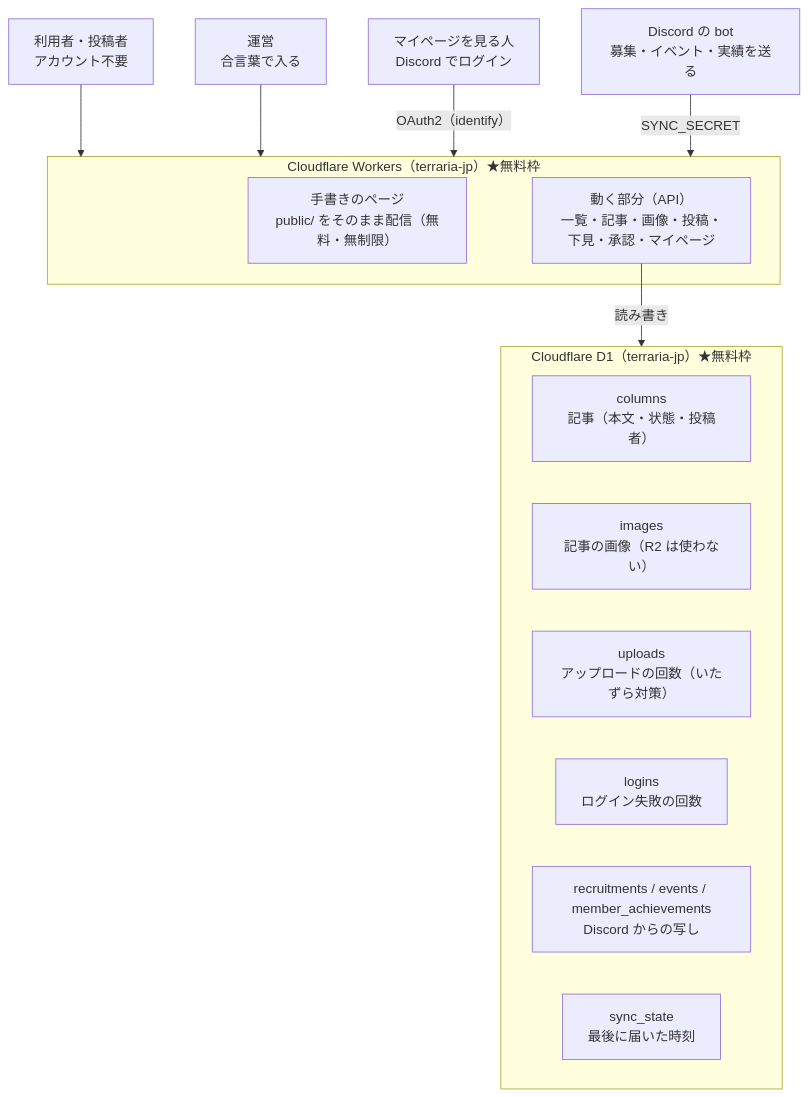
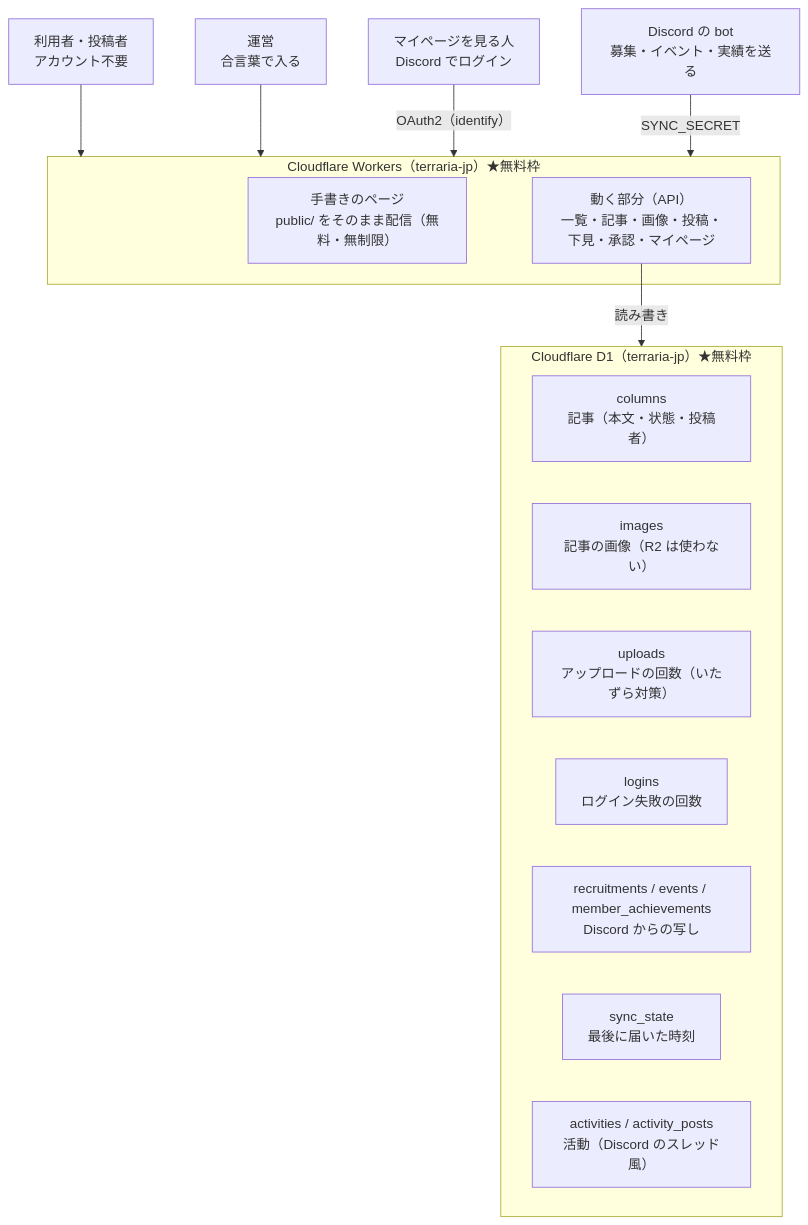
Before and after one commit to Pl4ceholder/terraria_jp_website: the diagram in CLOUDFLARE.md, drawn with Mermaid. The commit also changed other lines of this file and 19 other files, not shown here.

First line of the commit message:
feat(activities): Discord のスレッド風の活動ページを追加

````diff
--- a/CLOUDFLARE.md
+++ b/CLOUDFLARE.md
@@ -12,23 +12,24 @@
 ```mermaid
 flowchart TD
     A["利用者・投稿者<br />アカウント不要"] --> W
     B["運営<br />合言葉で入る"] --> W
     C["マイページを見る人<br />Discord でログイン"] -->|OAuth2（identify）| W
     BOT["Discord の bot<br />募集・イベント・実績を送る"] -->|SYNC_SECRET| W
 
     subgraph W["Cloudflare Workers（terraria-jp）★無料枠"]
         P["手書きのページ<br />public/ をそのまま配信（無料・無制限）"]
         D["動く部分（API）<br />一覧・記事・画像・投稿・下見・承認・マイページ"]
     end
 
     D -->|読み書き| DB
 
     subgraph DB["Cloudflare D1（terraria-jp）★無料枠"]
         T1["columns<br />記事（本文・状態・投稿者）"]
         T2["images<br />記事の画像（R2 は使わない）"]
         T3["uploads<br />アップロードの回数（いたずら対策）"]
         T4["logins<br />ログイン失敗の回数"]
         T5["recruitments / events / member_achievements<br />Discord からの写し"]
         T6["sync_state<br />最後に届いた時刻"]
+        T7["activities / activity_posts<br />活動（Discord のスレッド風）"]
     end
 ```
````
